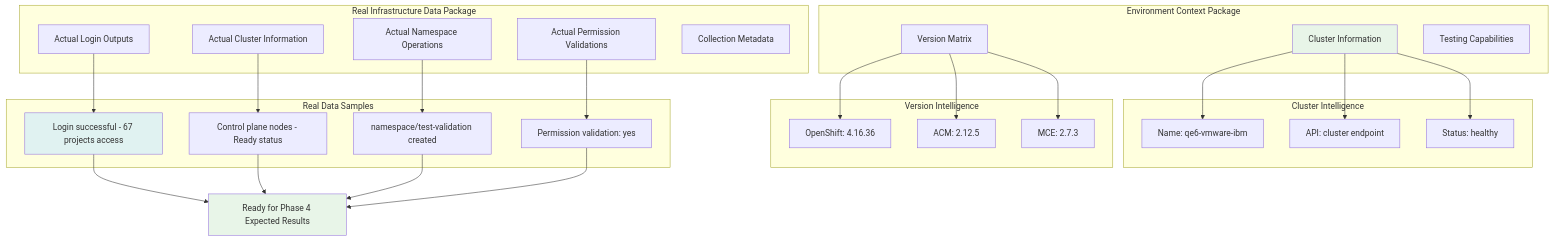
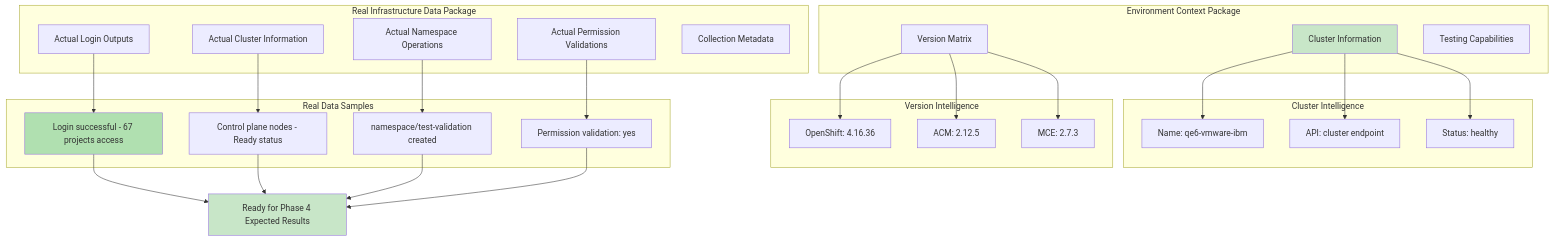
Before and after one commit to stolostron/ai-test-gen: the tenth of 29 diagrams in apps/claude-test-generator/docs/framework-workflow-details.md, drawn with Mermaid. The commit also changed other lines of this file and 15 other files, not shown here.

First line of the commit message:
🛡️ CRITICAL SECURITY: Implement comprehensive AI security architecture

````diff
--- a/apps/claude-test-generator/docs/framework-workflow-details.md
+++ b/apps/claude-test-generator/docs/framework-workflow-details.md
@@ -513,59 +491,59 @@
 ```mermaid
 flowchart TD
     subgraph "Environment Context Package"
         CLUSTER[Cluster Information]
         VERSION[Version Matrix]
         TESTING[Testing Capabilities]
     end
     
     subgraph "Real Infrastructure Data Package"
         LOGIN[Actual Login Outputs]
         INFO[Actual Cluster Information]
         NAMESPACE[Actual Namespace Operations]
         PERMISSIONS[Actual Permission Validations]
         METADATA[Collection Metadata]
     end
     
     subgraph "Cluster Intelligence"
         NAME[Name: qe6-vmware-ibm]
         URL[API: cluster endpoint]
         HEALTH[Status: healthy]
     end
     
     subgraph "Version Intelligence"
         OCP[OpenShift: 4.16.36]
         ACM[ACM: 2.12.5]
         MCE[MCE: 2.7.3]
     end
     
     subgraph "Real Data Samples"
         REAL_LOGIN[Login successful - 67 projects access]
         REAL_NODES[Control plane nodes - Ready status]
         REAL_NS[namespace/test-validation created]
         REAL_PERMS[Permission validation: yes]
     end
     
     READY[Ready for Phase 4 Expected Results]
     
     CLUSTER --> NAME
     CLUSTER --> URL
     CLUSTER --> HEALTH
     
     VERSION --> OCP
     VERSION --> ACM
     VERSION --> MCE
     
     LOGIN --> REAL_LOGIN
     INFO --> REAL_NODES
     NAMESPACE --> REAL_NS
     PERMISSIONS --> REAL_PERMS
     
     REAL_LOGIN --> READY
     REAL_NODES --> READY
     REAL_NS --> READY
     REAL_PERMS --> READY
     
-    style CLUSTER fill:#e8f5e8
-    style REAL_LOGIN fill:#e0f2f1
-    style READY fill:#e8f5e8
+    style CLUSTER fill:#c8e6c8
+    style REAL_LOGIN fill:#b0e0b0
+    style READY fill:#c8e6c8
 ```
````
